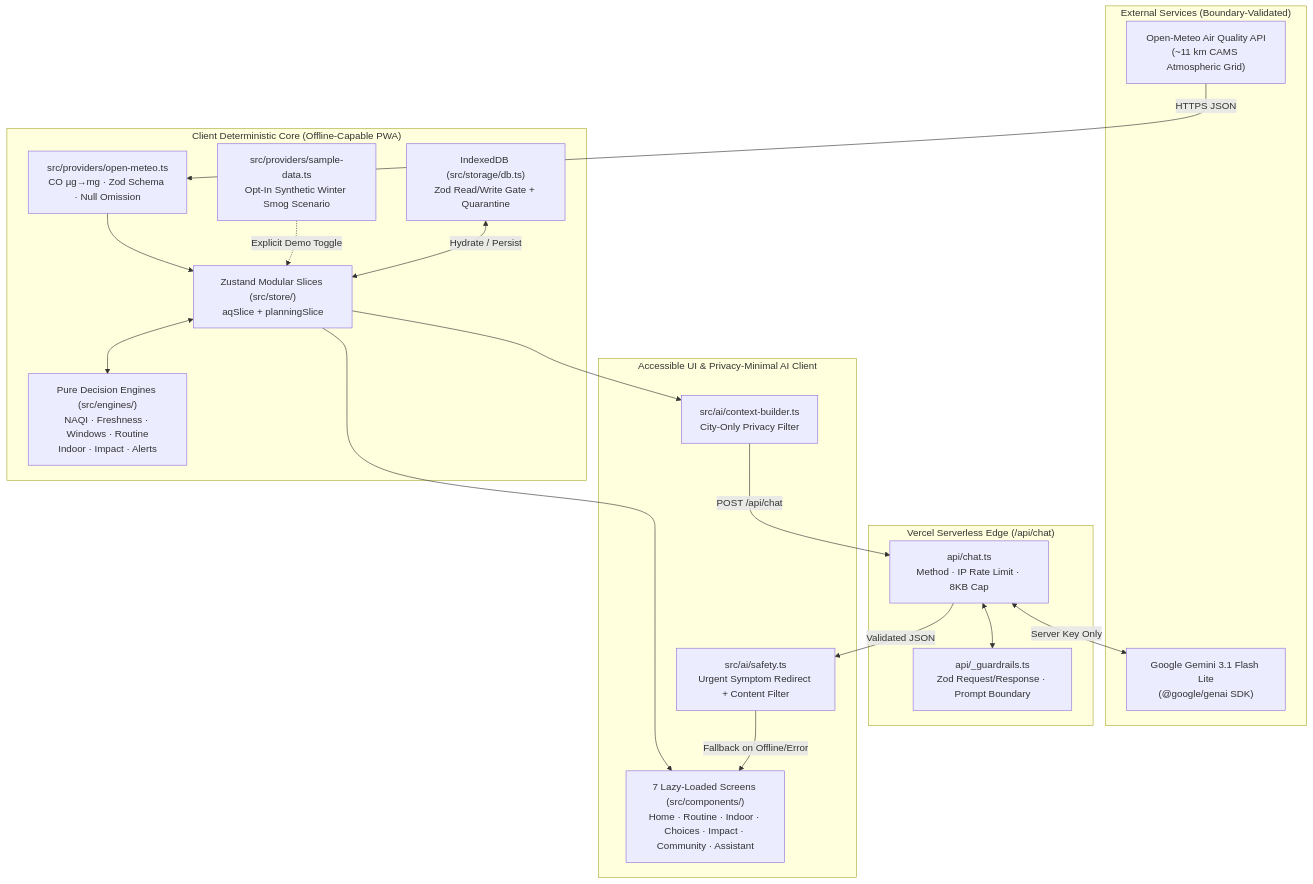
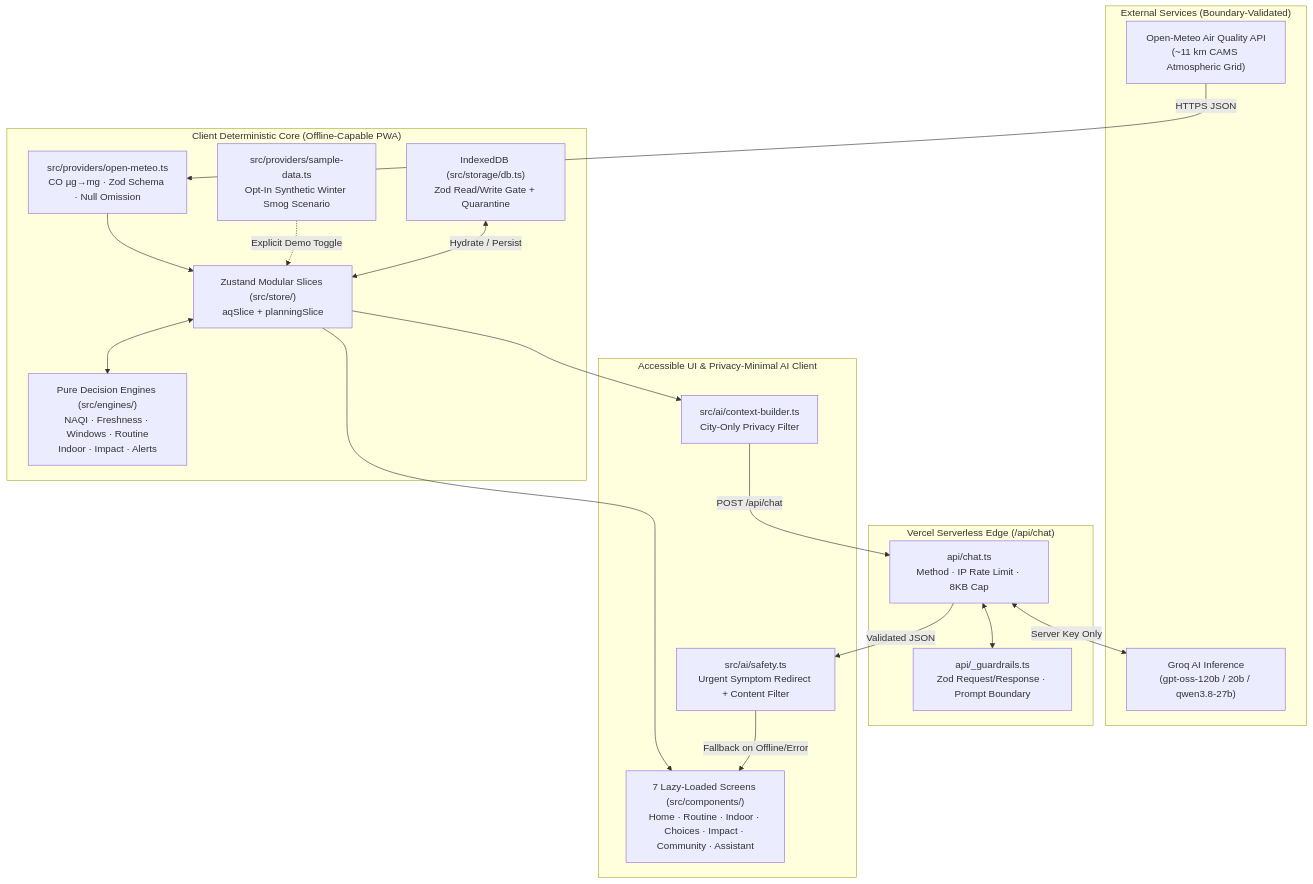
One commit to SuBhAm6G/Challenge-6 changed the first of 5 diagrams in README.md. Above: the diagram before and after it, drawn with Mermaid. The commit also changed other lines of this file and 16 other files, not shown here.

````diff
--- a/README.md
+++ b/README.md
@@ -81,39 +81,39 @@
 ```mermaid
 flowchart TB
     subgraph External["External Services (Boundary-Validated)"]
         OM["Open-Meteo Air Quality API<br/>(~11 km CAMS Atmospheric Grid)"]
-        GEM["Google Gemini 3.1 Flash Lite<br/>(@google/genai SDK)"]
+        GEM["Groq AI Inference<br/>(gpt-oss-120b / 20b / qwen3.8-27b)"]
     end
 
     subgraph Serverless["Vercel Serverless Edge (/api/chat)"]
         API["api/chat.ts<br/>Method · IP Rate Limit · 8KB Cap"]
         GRD["api/_guardrails.ts<br/>Zod Request/Response · Prompt Boundary"]
         API <--> GRD
     end
 
     subgraph ClientCore["Client Deterministic Core (Offline-Capable PWA)"]
         PROV["src/providers/open-meteo.ts<br/>CO µg→mg · Zod Schema · Null Omission"]
         DEMO["src/providers/sample-data.ts<br/>Opt-In Synthetic Winter Smog Scenario"]
         ENG["Pure Decision Engines (src/engines/)<br/>NAQI · Freshness · Windows · Routine<br/>Indoor · Impact · Alerts"]
         IDB["IndexedDB (src/storage/db.ts)<br/>Zod Read/Write Gate + Quarantine"]
         STORE["Zustand Modular Slices (src/store/)<br/>aqSlice + planningSlice"]
     end
 
     subgraph ClientShell["Accessible UI & Privacy-Minimal AI Client"]
         CTX["src/ai/context-builder.ts<br/>City-Only Privacy Filter"]
         SAFE["src/ai/safety.ts<br/>Urgent Symptom Redirect + Content Filter"]
         UI["7 Lazy-Loaded Screens (src/components/)<br/>Home · Routine · Indoor · Choices · Impact · Community · Assistant"]
     end
 
     OM -->|"HTTPS JSON"| PROV
     PROV --> STORE
     DEMO -.->|"Explicit Demo Toggle"| STORE
     IDB <-->|"Hydrate / Persist"| STORE
     STORE <--> ENG
     STORE --> UI
     STORE --> CTX
     CTX -->|"POST /api/chat"| API
     API <-->|"Server Key Only"| GEM
     API -->|"Validated JSON"| SAFE
     SAFE -->|"Fallback on Offline/Error"| UI
 ```
````
